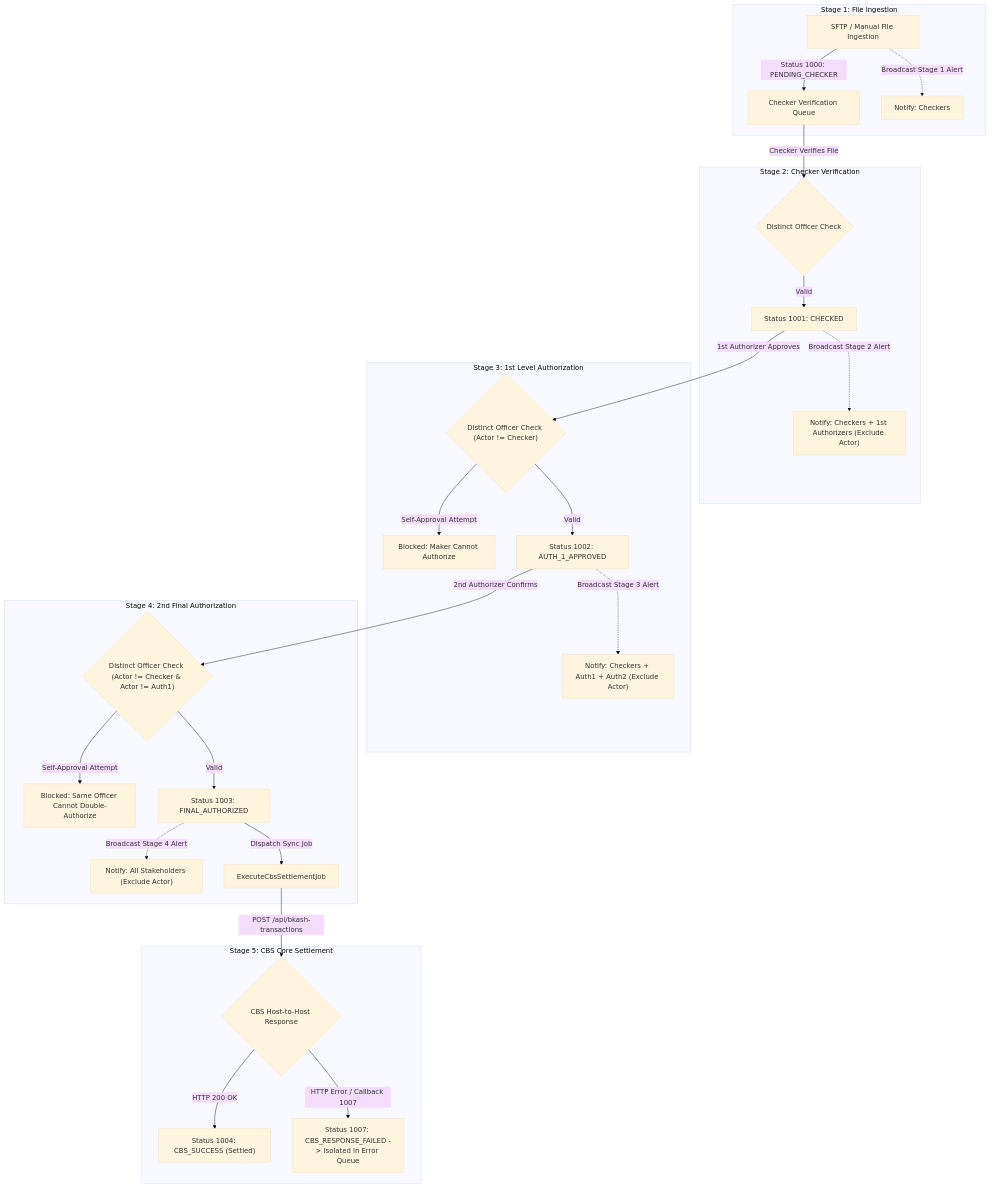
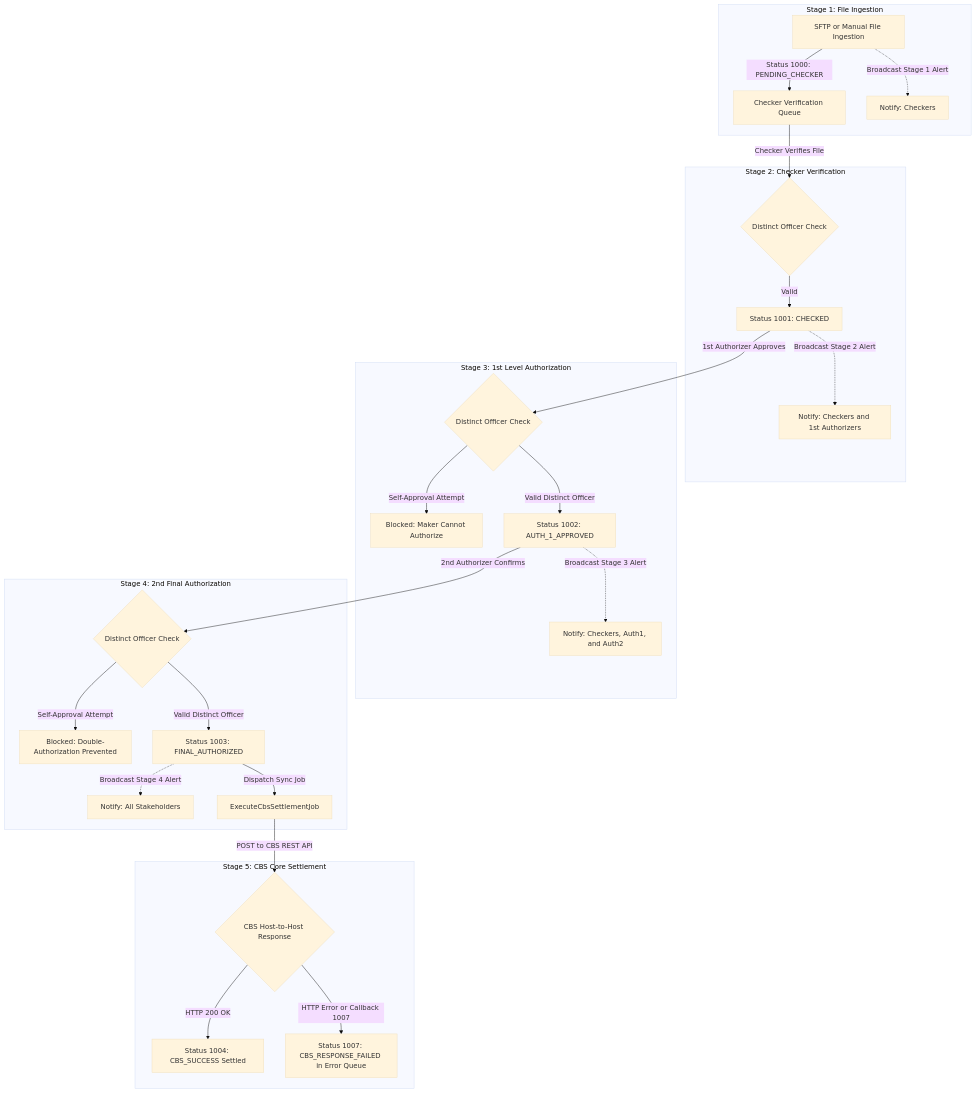
The fifth of 6 diagrams in README.md (syedarifulislamemon2010/jb-corporate---bkash), drawn with Mermaid (base theme) before and after one commit. The commit also changed other lines of this file and 5 other files, not shown here.

Commit message:
Fix Mermaid flowchart syntax and generate screenshot mockups

````diff
--- a/README.md
+++ b/README.md
@@ -372,34 +372,34 @@
 ```mermaid
 flowchart TD
     subgraph S1 ["Stage 1: File Ingestion"]
-        A["SFTP / Manual File Ingestion"] -->|Status 1000: PENDING_CHECKER| B["Checker Verification Queue"]
+        A["SFTP or Manual File Ingestion"] -->|Status 1000: PENDING_CHECKER| B["Checker Verification Queue"]
         A -.->|Broadcast Stage 1 Alert| N1["Notify: Checkers"]
     end
 
     subgraph S2 ["Stage 2: Checker Verification"]
         B -->|Checker Verifies File| C{"Distinct Officer Check"}
         C -->|Valid| D["Status 1001: CHECKED"]
-        D -.->|Broadcast Stage 2 Alert| N2["Notify: Checkers + 1st Authorizers (Exclude Actor)"]
+        D -.->|Broadcast Stage 2 Alert| N2["Notify: Checkers and 1st Authorizers"]
     end
 
     subgraph S3 ["Stage 3: 1st Level Authorization"]
-        D -->|1st Authorizer Approves| E{"Distinct Officer Check (Actor != Checker)"}
+        D -->|1st Authorizer Approves| E{"Distinct Officer Check"}
         E -->|Self-Approval Attempt| Reject1["Blocked: Maker Cannot Authorize"]
-        E -->|Valid| F["Status 1002: AUTH_1_APPROVED"]
-        F -.->|Broadcast Stage 3 Alert| N3["Notify: Checkers + Auth1 + Auth2 (Exclude Actor)"]
+        E -->|Valid Distinct Officer| F["Status 1002: AUTH_1_APPROVED"]
+        F -.->|Broadcast Stage 3 Alert| N3["Notify: Checkers, Auth1, and Auth2"]
     end
 
     subgraph S4 ["Stage 4: 2nd Final Authorization"]
-        F -->|2nd Authorizer Confirms| G{"Distinct Officer Check (Actor != Checker & Actor != Auth1)"}
-        G -->|Self-Approval Attempt| Reject2["Blocked: Same Officer Cannot Double-Authorize"]
-        G -->|Valid| H["Status 1003: FINAL_AUTHORIZED"]
-        H -.->|Broadcast Stage 4 Alert| N4["Notify: All Stakeholders (Exclude Actor)"]
+        F -->|2nd Authorizer Confirms| G{"Distinct Officer Check"}
+        G -->|Self-Approval Attempt| Reject2["Blocked: Double-Authorization Prevented"]
+        G -->|Valid Distinct Officer| H["Status 1003: FINAL_AUTHORIZED"]
+        H -.->|Broadcast Stage 4 Alert| N4["Notify: All Stakeholders"]
         H -->|Dispatch Sync Job| I["ExecuteCbsSettlementJob"]
     end
 
     subgraph S5 ["Stage 5: CBS Core Settlement"]
-        I -->|POST /api/bkash-transactions| J{"CBS Host-to-Host Response"}
-        J -->|HTTP 200 OK| K["Status 1004: CBS_SUCCESS (Settled)"]
-        J -->|HTTP Error / Callback 1007| L["Status 1007: CBS_RESPONSE_FAILED -> Isolated in Error Queue"]
+        I -->|POST to CBS REST API| J{"CBS Host-to-Host Response"}
+        J -->|HTTP 200 OK| K["Status 1004: CBS_SUCCESS Settled"]
+        J -->|HTTP Error or Callback 1007| L["Status 1007: CBS_RESPONSE_FAILED in Error Queue"]
     end
 ```
````
